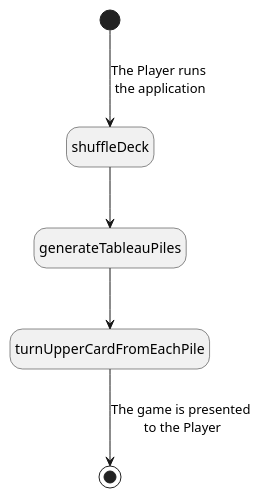
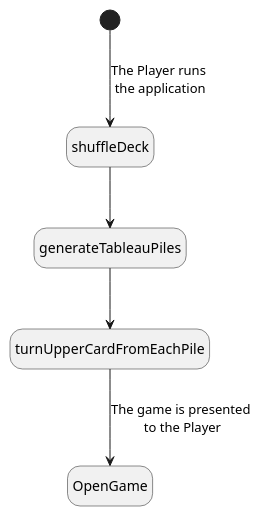
The second of 15 diagrams in docs/UseCases.plantuml (Troteaga/klondike), drawn with PlantUML before and after one commit. The commit also changed other lines of this file and 1 other file, not shown here.

Commit message:
States moved to clarify main flow

```diff
--- a/docs/UseCases.plantuml
+++ b/docs/UseCases.plantuml
@@ -8,8 +8,8 @@
 @startuml Player Starts Game
 hide empty description
 
 [*] --> shuffleDeck : The Player runs \nthe application
 shuffleDeck --> generateTableauPiles
 generateTableauPiles --> turnUpperCardFromEachPile
-turnUpperCardFromEachPile --> [*] : The game is presented \nto the Player
+turnUpperCardFromEachPile --> OpenGame : The game is presented \nto the Player
 @enduml
```
